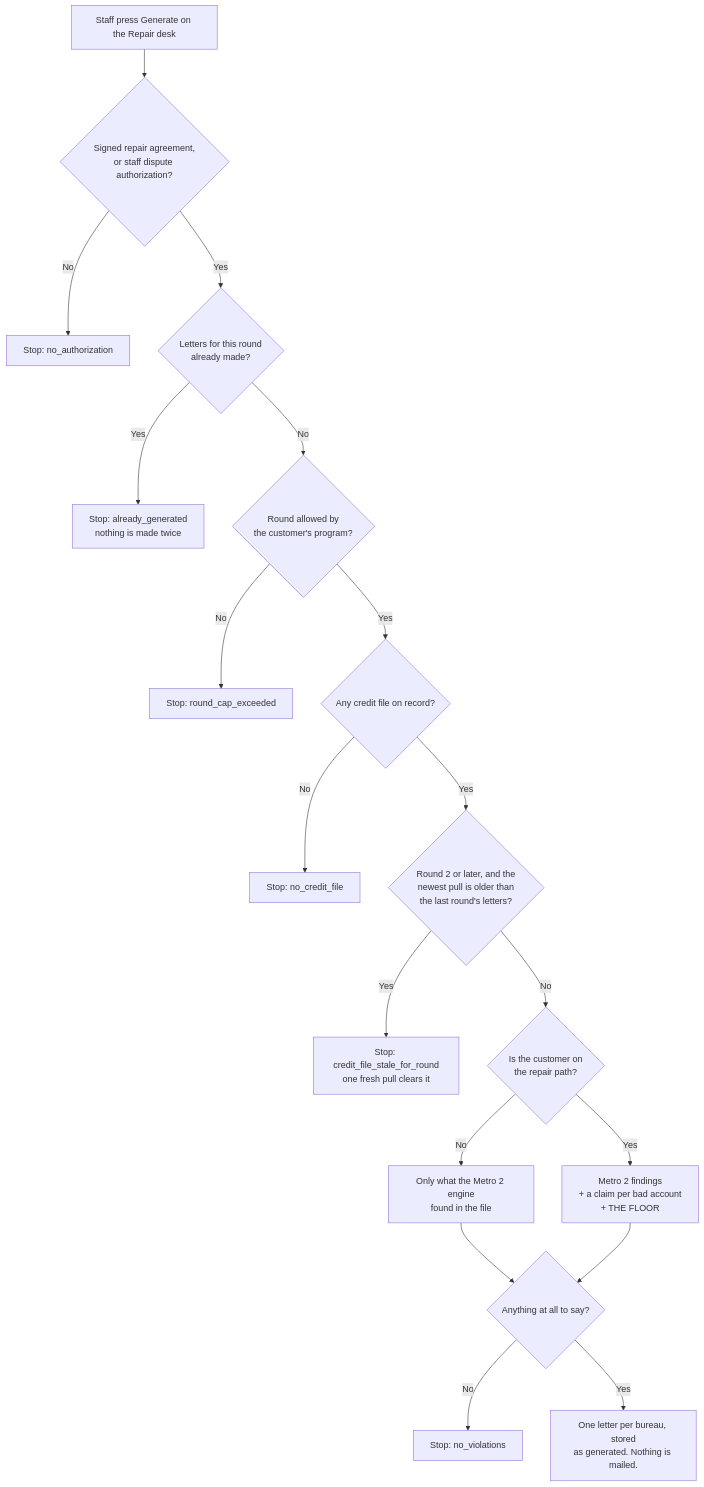
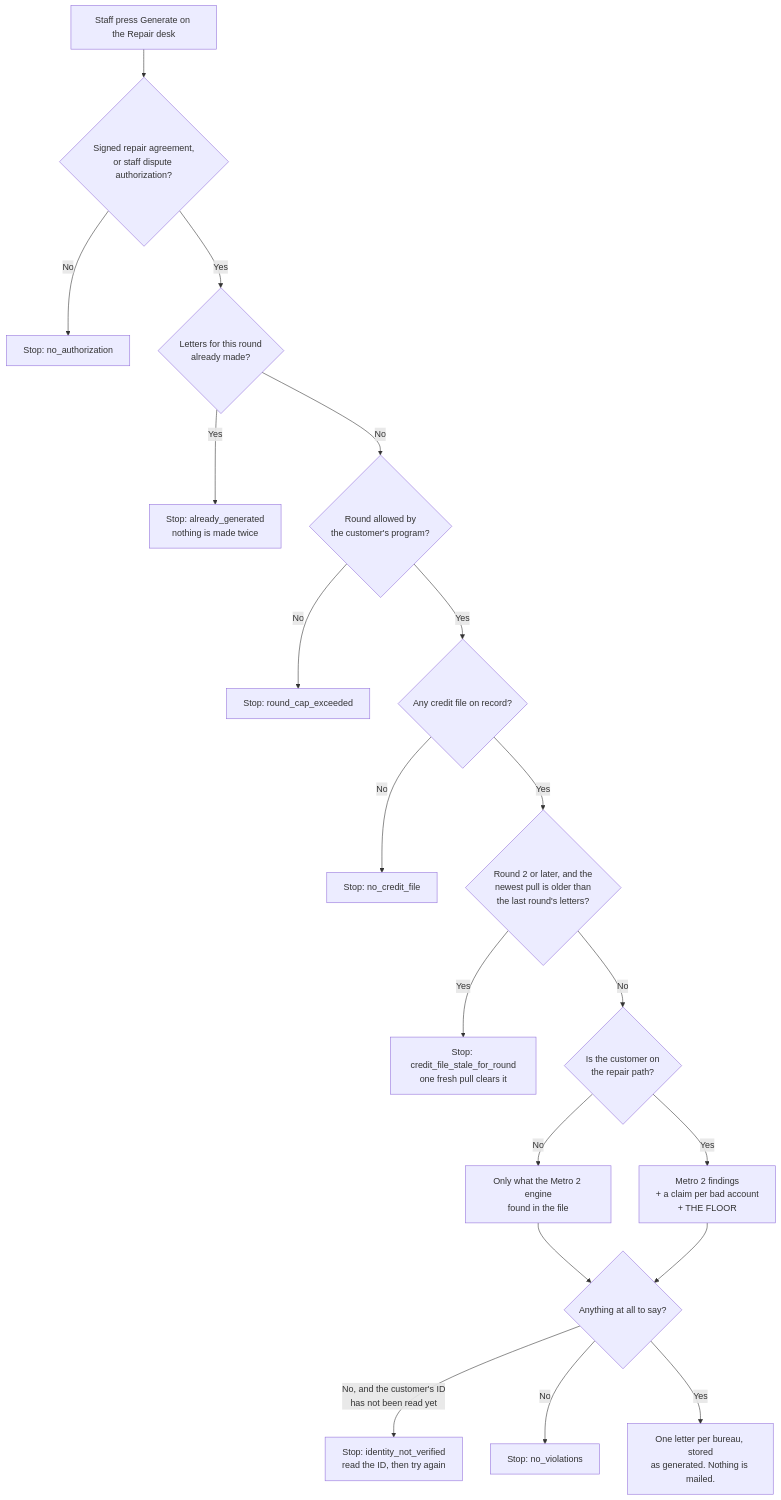
One commit to ZootimusMaximusSupreme/Fundhub_ai changed the first of 2 diagrams in docs/journeys/repair-floor-flow.md. Above: the diagram before and after it, drawn with Mermaid. The commit also changed other lines of this file and 10 other files, not shown here.

````diff
--- a/docs/journeys/repair-floor-flow.md
+++ b/docs/journeys/repair-floor-flow.md
@@ -26,20 +26,21 @@
 ```mermaid
 flowchart TD
     A[Staff press Generate on the Repair desk] --> B{Signed repair agreement,<br/>or staff dispute authorization?}
     B -->|No| B1[Stop: no_authorization]
     B -->|Yes| C{Letters for this round<br/>already made?}
     C -->|Yes| C1[Stop: already_generated<br/>nothing is made twice]
     C -->|No| D{Round allowed by<br/>the customer's program?}
     D -->|No| D1[Stop: round_cap_exceeded]
     D -->|Yes| E{Any credit file on record?}
     E -->|No| E1[Stop: no_credit_file]
     E -->|Yes| F{Round 2 or later, and the<br/>newest pull is older than<br/>the last round's letters?}
     F -->|Yes| F1[Stop: credit_file_stale_for_round<br/>one fresh pull clears it]
     F -->|No| G{Is the customer on<br/>the repair path?}
     G -->|No| H[Only what the Metro 2 engine<br/>found in the file]
     G -->|Yes| I[Metro 2 findings<br/>+ a claim per bad account<br/>+ THE FLOOR]
     H --> J{Anything at all to say?}
     I --> J
+    J -->|No, and the customer's ID<br/>has not been read yet| J2[Stop: identity_not_verified<br/>read the ID, then try again]
     J -->|No| J1[Stop: no_violations]
     J -->|Yes| K[One letter per bureau, stored<br/>as generated. Nothing is mailed.]
 ```
````
